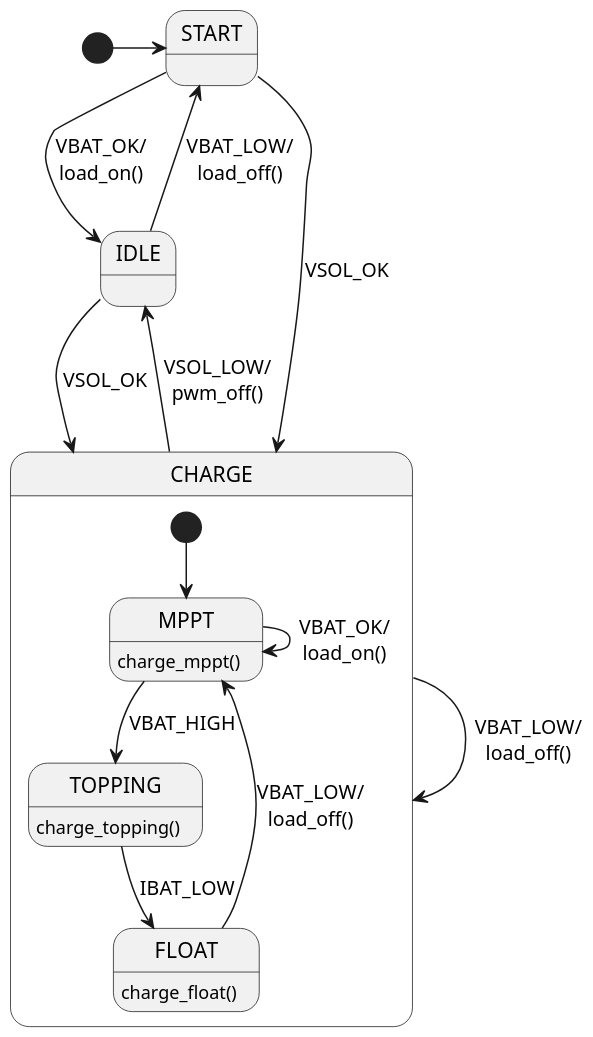
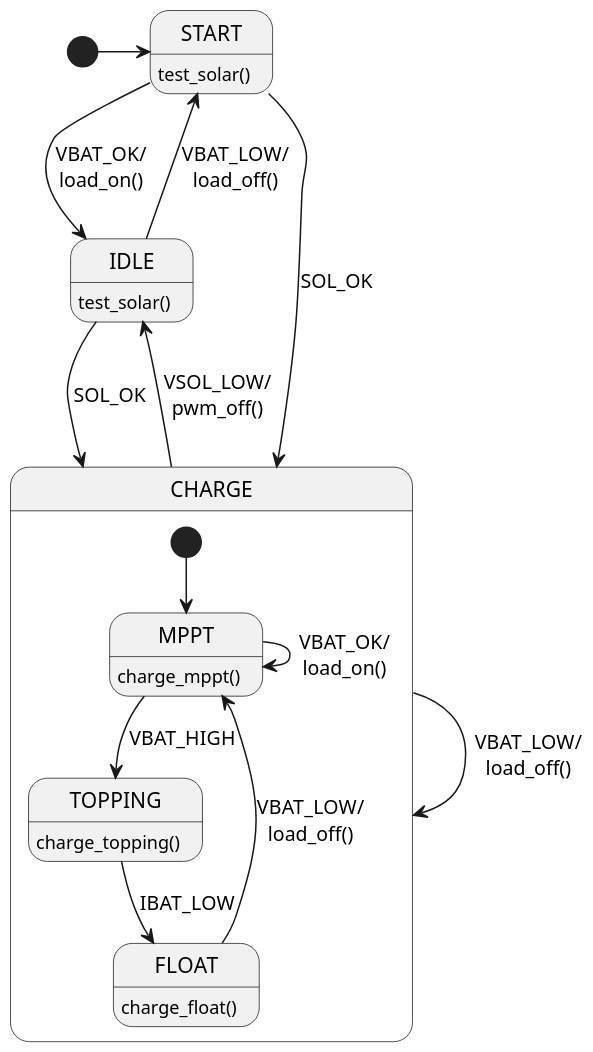
One commit to bdionello/ECE499 changed the diagram in StateMachine/UML/UML.wsd. Above: the diagram before and after it, drawn with PlantUML.

Commit message:
update UML

```diff
--- a/StateMachine/UML/UML.wsd
+++ b/StateMachine/UML/UML.wsd
@@ -1,22 +1,24 @@
 @startuml UML
 
 scale 600 width
+START : test_solar()
+IDLE : test_solar()
 [*] -> START
 START --> IDLE : VBAT_OK/\nload_on()
-START --> CHARGE : VSOL_OK
-IDLE --> CHARGE : VSOL_OK
+START --> CHARGE : SOL_OK
+IDLE --> CHARGE : SOL_OK
 IDLE --> START : VBAT_LOW/\nload_off()
 state CHARGE {
     MPPT : charge_mppt()
     TOPPING : charge_topping()
     FLOAT : charge_float()
     [*] --> MPPT
     
     MPPT --> TOPPING : VBAT_HIGH
     TOPPING --> FLOAT : IBAT_LOW
 }
 MPPT --> MPPT : VBAT_OK/\nload_on()
 CHARGE --> CHARGE : VBAT_LOW/\nload_off()
 CHARGE --> IDLE : VSOL_LOW/\npwm_off()
 FLOAT --> MPPT : VBAT_LOW/\nload_off()
 @enduml
```
